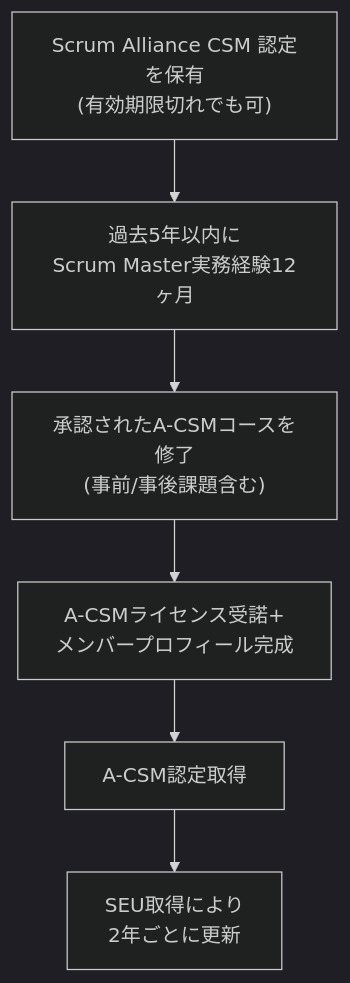
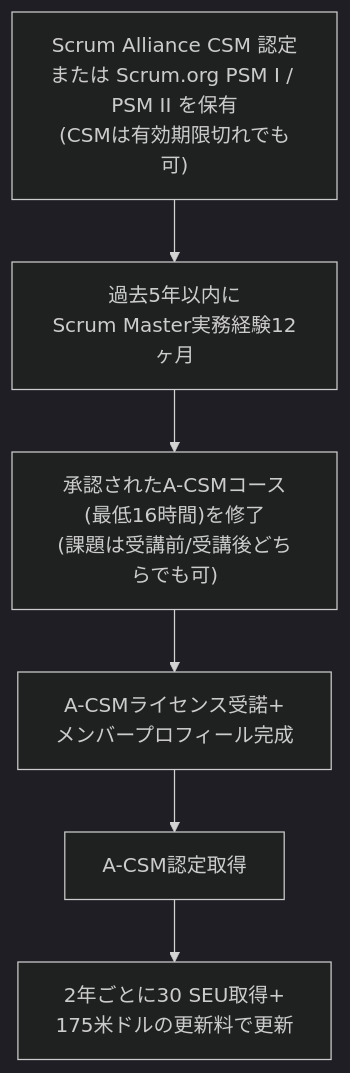
Before and after one commit to myoshi2891/Management-Team-Building-Studies: the second of 23 diagrams in A-csm-advanced-certified-scrummaster-study-guide.md, drawn with Mermaid (dark theme). The commit also changed other lines of this file, not shown here.

Commit message:
docs: A-CSM 学習ガイドの前提資格・更新要件および注記を更新

````diff
--- a/A-csm-advanced-certified-scrummaster-study-guide.md
+++ b/A-csm-advanced-certified-scrummaster-study-guide.md
@@ -83,8 +84,8 @@
 ```mermaid
 flowchart TD
-    R1["Scrum Alliance CSM 認定を保有<br/>(有効期限切れでも可)"] --> R2["過去5年以内に<br/>Scrum Master実務経験12ヶ月"]
-    R2 --> R3["承認されたA-CSMコースを修了<br/>(事前/事後課題含む)"]
+    R1["Scrum Alliance CSM 認定<br/>または Scrum.org PSM I / PSM II を保有<br/>(CSMは有効期限切れでも可)"] --> R2["過去5年以内に<br/>Scrum Master実務経験12ヶ月"]
+    R2 --> R3["承認されたA-CSMコース(最低16時間)を修了<br/>(課題は受講前/受講後どちらでも可)"]
     R3 --> R4["A-CSMライセンス受諾+<br/>メンバープロフィール完成"]
     R4 --> R5["A-CSM認定取得"]
-    R5 --> R6["SEU取得により<br/>2年ごとに更新"]
+    R5 --> R6["2年ごとに30 SEU取得+<br/>175米ドルの更新料で更新"]
 ```
````
